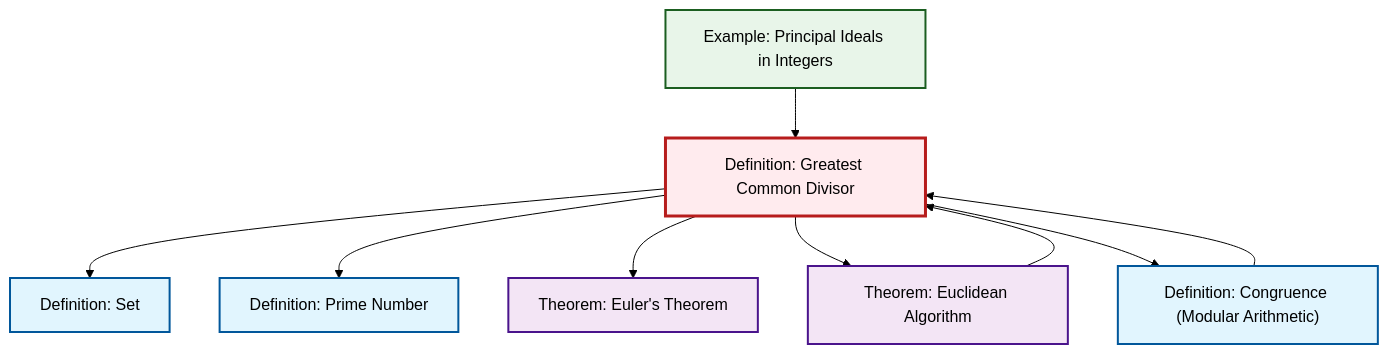
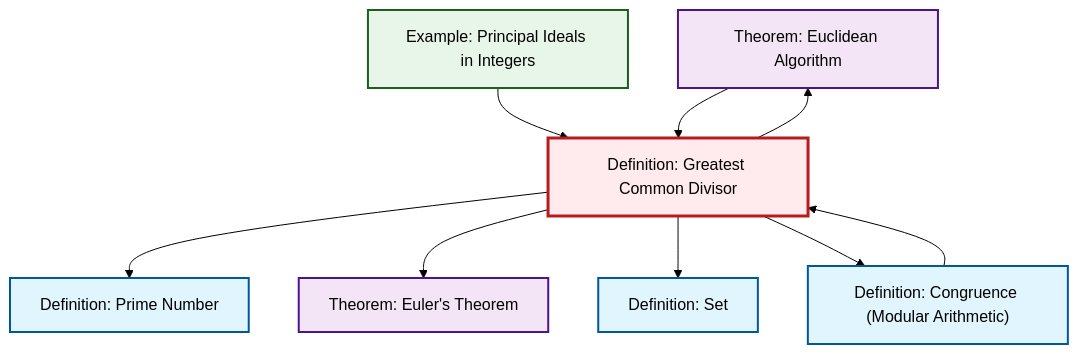
One commit to RK0429/ModernMath changed the second of 2 diagrams in content/ja/number-theory/def-gcd.qmd. Above: the diagram before and after it, drawn with Mermaid (forest theme). The commit also changed other lines of this file and 434 other files, not shown here.

````diff
--- a/content/ja/number-theory/def-gcd.qmd
+++ b/content/ja/number-theory/def-gcd.qmd
@@ -85,31 +85,31 @@
 ```{mermaid}
 %%| fig-cap: "Local dependency graph"
 graph TD
     classDef definition fill:#e1f5fe,stroke:#01579b,stroke-width:2px
     classDef theorem fill:#f3e5f5,stroke:#4a148c,stroke-width:2px
     classDef axiom fill:#fff3e0,stroke:#e65100,stroke-width:2px
     classDef example fill:#e8f5e9,stroke:#1b5e20,stroke-width:2px
     classDef current fill:#ffebee,stroke:#b71c1c,stroke-width:3px
+    def-set["Definition: Set"]:::definition
+    thm-euclidean-algorithm["Theorem: Euclidean Algorithm"]:::theorem
+    def-prime["Definition: Prime Number"]:::definition
+    ex-principal-ideal["Example: Principal Ideals in Integers"]:::example
     def-gcd["Definition: Greatest Common Divisor"]:::definition
     thm-euler["Theorem: Euler's Theorem"]:::theorem
-    ex-principal-ideal["Example: Principal Ideals in Integers"]:::example
-    thm-euclidean-algorithm["Theorem: Euclidean Algorithm"]:::theorem
     def-congruence["Definition: Congruence (Modular Arithmetic)"]:::definition
-    def-set["Definition: Set"]:::definition
-    def-prime["Definition: Prime Number"]:::definition
-    def-gcd --> def-set
+    def-gcd --> thm-euclidean-algorithm
+    ex-principal-ideal --> def-gcd
+    thm-euclidean-algorithm --> def-gcd
     def-gcd --> def-prime
     def-gcd --> thm-euler
-    ex-principal-ideal --> def-gcd
-    def-gcd --> thm-euclidean-algorithm
-    thm-euclidean-algorithm --> def-gcd
+    def-congruence --> def-gcd
+    def-gcd --> def-set
     def-gcd --> def-congruence
-    def-congruence --> def-gcd
     class def-gcd current
+    click def-set "def-set.html" "Definition: Setへ"
+    click thm-euclidean-algorithm "thm-euclidean-algorithm.html" "Theorem: Euclidean Algorithmへ"
+    click def-prime "def-prime.html" "Definition: Prime Numberへ"
+    click ex-principal-ideal "ex-principal-ideal.html" "Example: Principal Ideals in Integersへ"
     click thm-euler "thm-euler.html" "Theorem: Euler's Theoremへ"
-    click ex-principal-ideal "ex-principal-ideal.html" "Example: Principal Ideals in Integersへ"
-    click thm-euclidean-algorithm "thm-euclidean-algorithm.html" "Theorem: Euclidean Algorithmへ"
     click def-congruence "def-congruence.html" "Definition: Congruence (Modular Arithmetic)へ"
-    click def-set "def-set.html" "Definition: Setへ"
-    click def-prime "def-prime.html" "Definition: Prime Numberへ"
 ```
````
